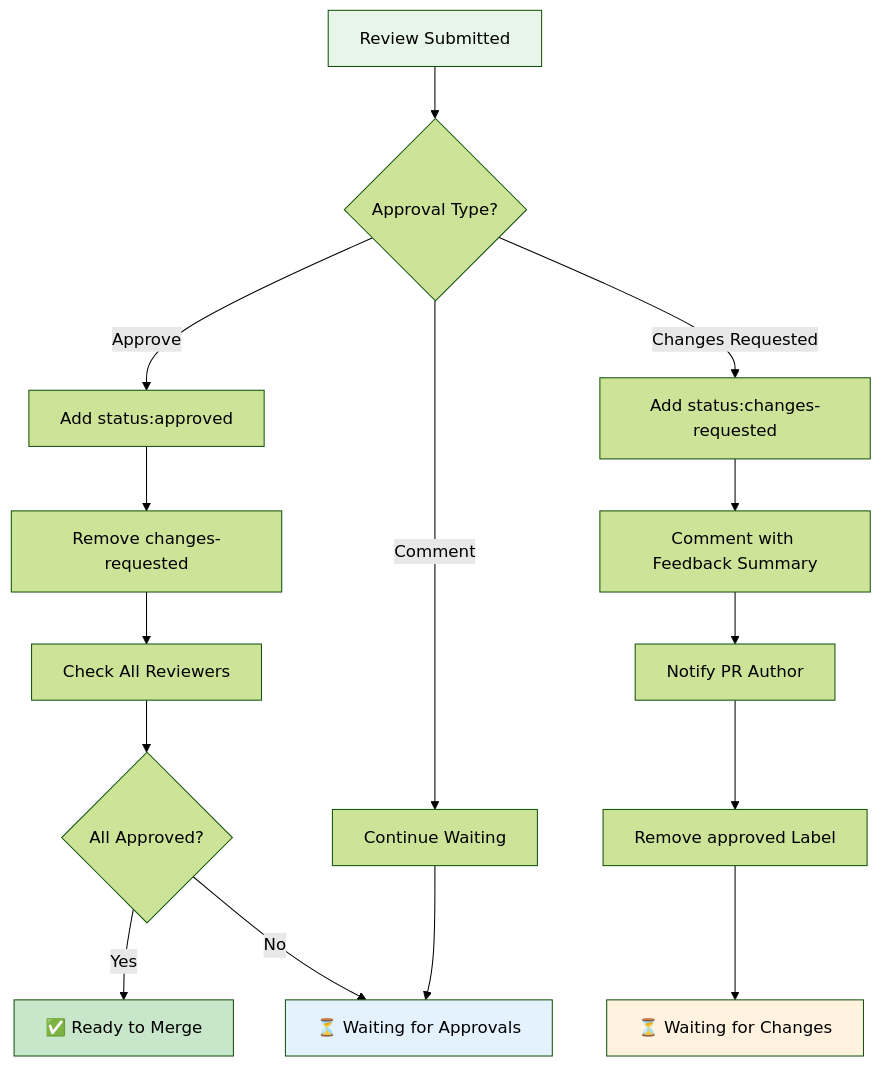
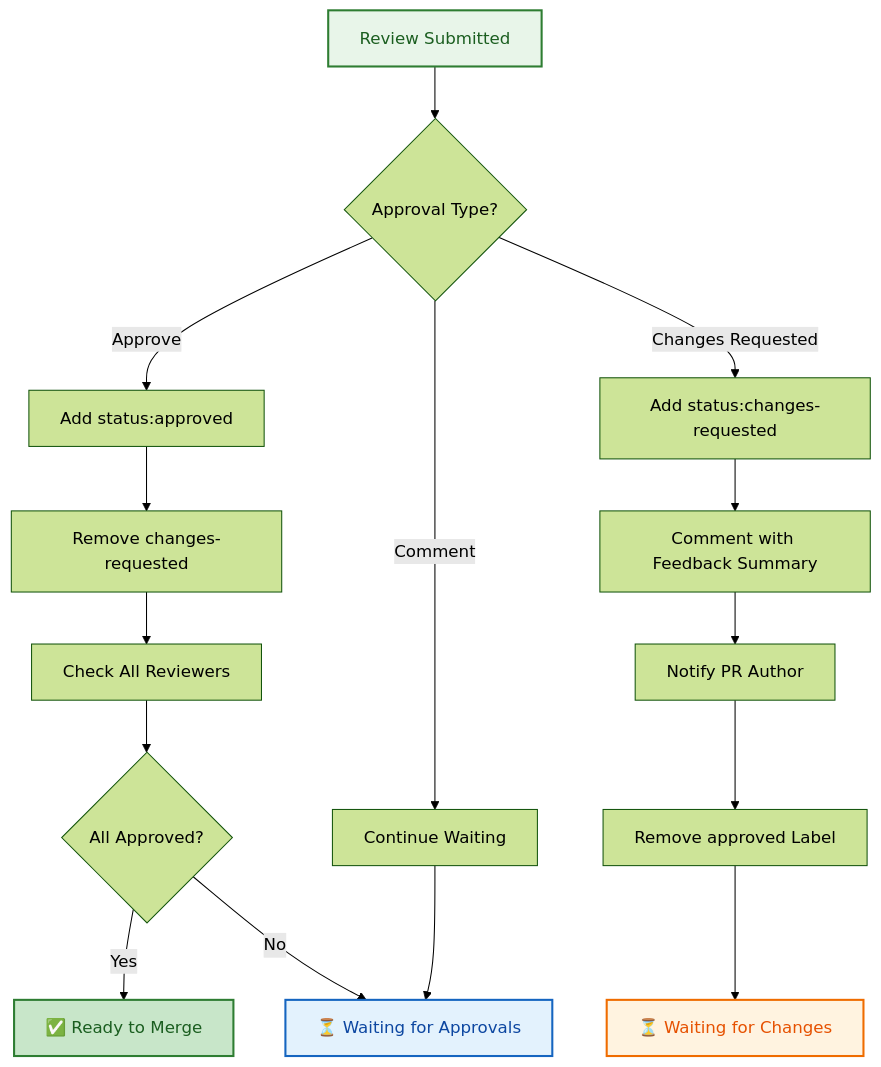
The third of 3 diagrams in .github/projects/active/automation-consolidation-agentic-workflows-2026-09/PR_MANAGEMENT_AGENT_SPEC.md (lightspeedwp/.github), drawn with Mermaid (forest theme) before and after one commit. The commit also changed other lines of this file and 4 other files, not shown here.

First line of the commit message:
Fix quick wins: reconcile effort estimates, add Mermaid accessibility, improve contrast

````diff
--- a/.github/projects/active/automation-consolidation-agentic-workflows-2026-09/PR_MANAGEMENT_AGENT_SPEC.md
+++ b/.github/projects/active/automation-consolidation-agentic-workflows-2026-09/PR_MANAGEMENT_AGENT_SPEC.md
@@ -201,26 +205,28 @@
 ```mermaid
 graph TD
+    accTitle: Review feedback integration decision tree
+    accDescr: Flowchart for processing review submissions, applying status labels, checking all reviewers, and notifying PR author
     A["Review Submitted"] --> B{Approval Type?}
     
     B -->|Approve| C["Add status:approved"]
     B -->|Changes Requested| D["Add status:changes-requested"]
     B -->|Comment| E["Continue Waiting"]
     
     C --> F["Remove changes-requested"]
     F --> G["Check All Reviewers"]
     G --> H{All Approved?}
     H -->|Yes| I["✅ Ready to Merge"]
     H -->|No| J["⏳ Waiting for Approvals"]
     
     D --> K["Comment with Feedback Summary"]
     K --> L["Notify PR Author"]
     L --> M["Remove approved Label"]
     M --> N["⏳ Waiting for Changes"]
     
     E --> J
     
-    style A fill:#E8F5E9
-    style I fill:#C8E6C9
-    style J fill:#E3F2FD
-    style N fill:#FFF3E0
+    style A fill:#E8F5E9,stroke:#2E7D32,stroke-width:2px,color:#1B5E20
+    style I fill:#C8E6C9,stroke:#2E7D32,stroke-width:2px,color:#1B5E20
+    style J fill:#E3F2FD,stroke:#1565C0,stroke-width:2px,color:#0D47A1
+    style N fill:#FFF3E0,stroke:#EF6C00,stroke-width:2px,color:#E65100
 ```
````
